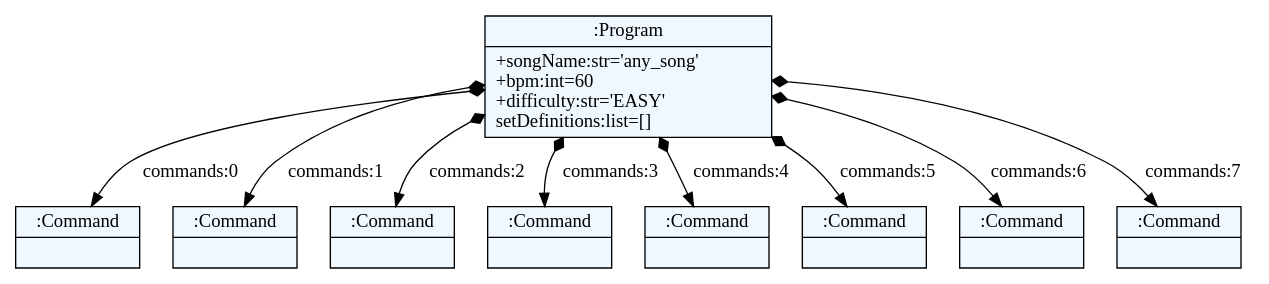
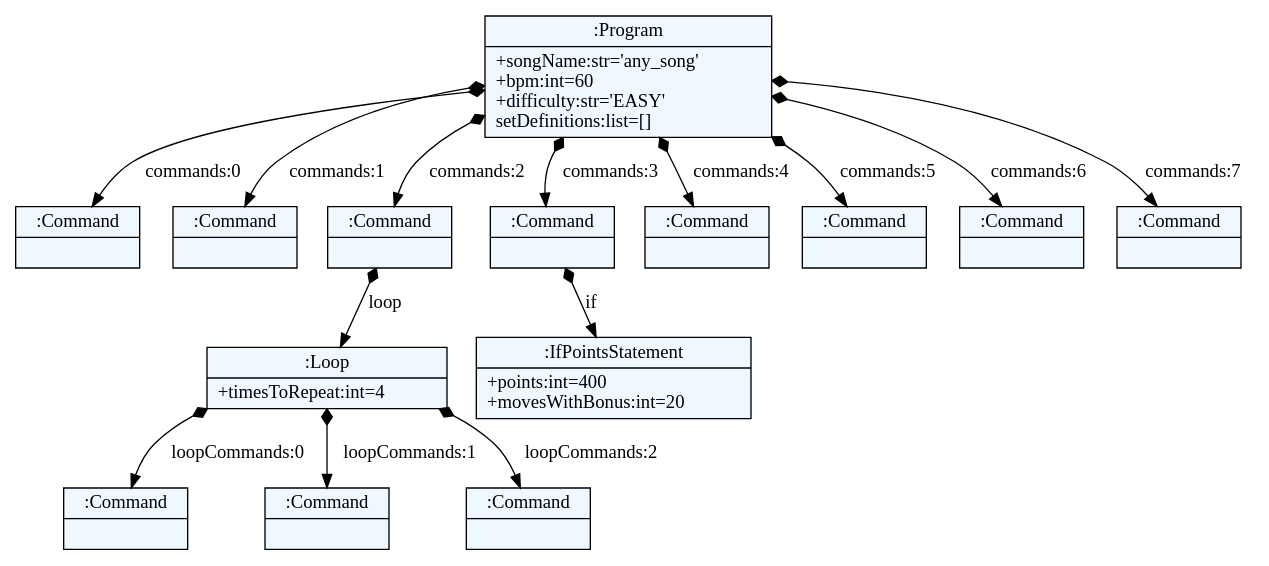
Before and after one commit to JanosevicRa177/JSD-Tim-2: the diagram in level.dot, drawn with Graphviz. The commit also changed 2 other files, not shown here.

```diff
--- a/level.dot
+++ b/level.dot
@@ -1,32 +1,42 @@
 
     digraph textX {
     fontname = "Bitstream Vera Sans"
     fontsize = 8
     node[
         shape=record,
         style=filled,
         fillcolor=aliceblue
     ]
     nodesep = 0.3
     edge[dir=black,arrowtail=empty]
 
 
-2631048602832 -> 2631043033680 [label="commands:0" arrowtail=diamond dir=both]
-2631043033680[label="{:Command|}"]
-2631048602832 -> 2631048603280 [label="commands:1" arrowtail=diamond dir=both]
-2631048603280[label="{:Command|}"]
-2631048602832 -> 2631048603344 [label="commands:2" arrowtail=diamond dir=both]
-2631048603344[label="{:Command|}"]
-2631048602832 -> 2631048227664 [label="commands:3" arrowtail=diamond dir=both]
-2631048227664[label="{:Command|}"]
-2631048602832 -> 2631048603472 [label="commands:4" arrowtail=diamond dir=both]
-2631048603472[label="{:Command|}"]
-2631048602832 -> 2631048603792 [label="commands:5" arrowtail=diamond dir=both]
-2631048603792[label="{:Command|}"]
-2631048602832 -> 2631048603856 [label="commands:6" arrowtail=diamond dir=both]
-2631048603856[label="{:Command|}"]
-2631048602832 -> 2631048603920 [label="commands:7" arrowtail=diamond dir=both]
-2631048603920[label="{:Command|}"]
-2631048602832[label="{:Program|+songName:str='any_song'\l+bpm:int=60\l+difficulty:str='EASY'\lsetDefinitions:list=[]\l}"]
+2183876175312 -> 2183870261840 [label="commands:0" arrowtail=diamond dir=both]
+2183870261840[label="{:Command|}"]
+2183876175312 -> 2183876175760 [label="commands:1" arrowtail=diamond dir=both]
+2183876175760[label="{:Command|}"]
+2183876175312 -> 2183876175824 [label="commands:2" arrowtail=diamond dir=both]
+2183876175824 -> 2183876175888 [label="loop" arrowtail=diamond dir=both]
+2183876175888 -> 2183873901008 [label="loopCommands:0" arrowtail=diamond dir=both]
+2183873901008[label="{:Command|}"]
+2183876175888 -> 2183876176080 [label="loopCommands:1" arrowtail=diamond dir=both]
+2183876176080[label="{:Command|}"]
+2183876175888 -> 2183876176144 [label="loopCommands:2" arrowtail=diamond dir=both]
+2183876176144[label="{:Command|}"]
+2183876175888[label="{:Loop|+timesToRepeat:int=4\l}"]
+2183876175824[label="{:Command|}"]
+2183876175312 -> 2183876175952 [label="commands:3" arrowtail=diamond dir=both]
+2183876175952 -> 2183876176016 [label="if" arrowtail=diamond dir=both]
+2183876176016[label="{:IfPointsStatement|+points:int=400\l+movesWithBonus:int=20\l}"]
+2183876175952[label="{:Command|}"]
+2183876175312 -> 2183876176208 [label="commands:4" arrowtail=diamond dir=both]
+2183876176208[label="{:Command|}"]
+2183876175312 -> 2183876176336 [label="commands:5" arrowtail=diamond dir=both]
+2183876176336[label="{:Command|}"]
+2183876175312 -> 2183876176400 [label="commands:6" arrowtail=diamond dir=both]
+2183876176400[label="{:Command|}"]
+2183876175312 -> 2183876176464 [label="commands:7" arrowtail=diamond dir=both]
+2183876176464[label="{:Command|}"]
+2183876175312[label="{:Program|+songName:str='any_song'\l+bpm:int=60\l+difficulty:str='EASY'\lsetDefinitions:list=[]\l}"]
 
 }
```
